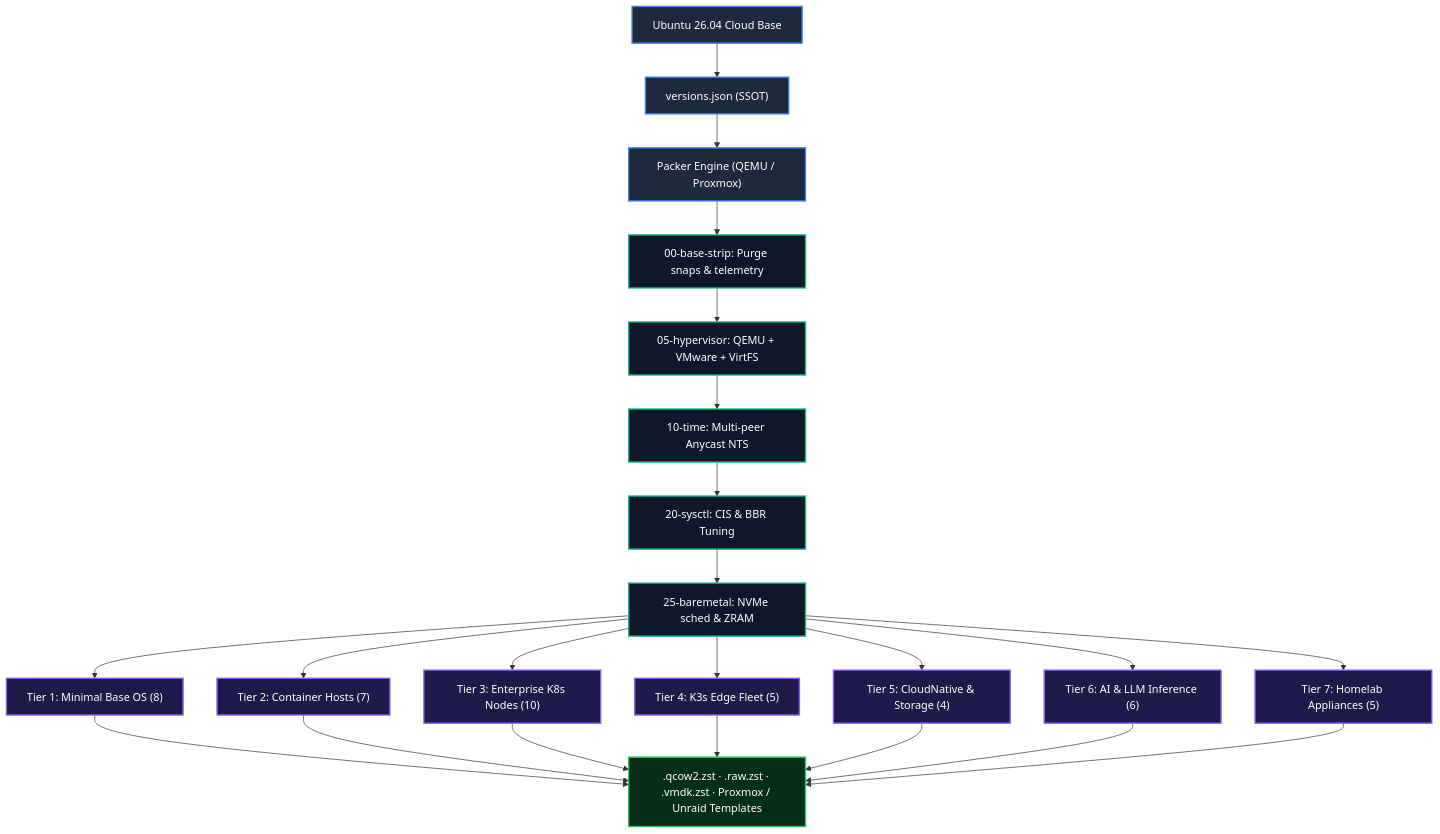
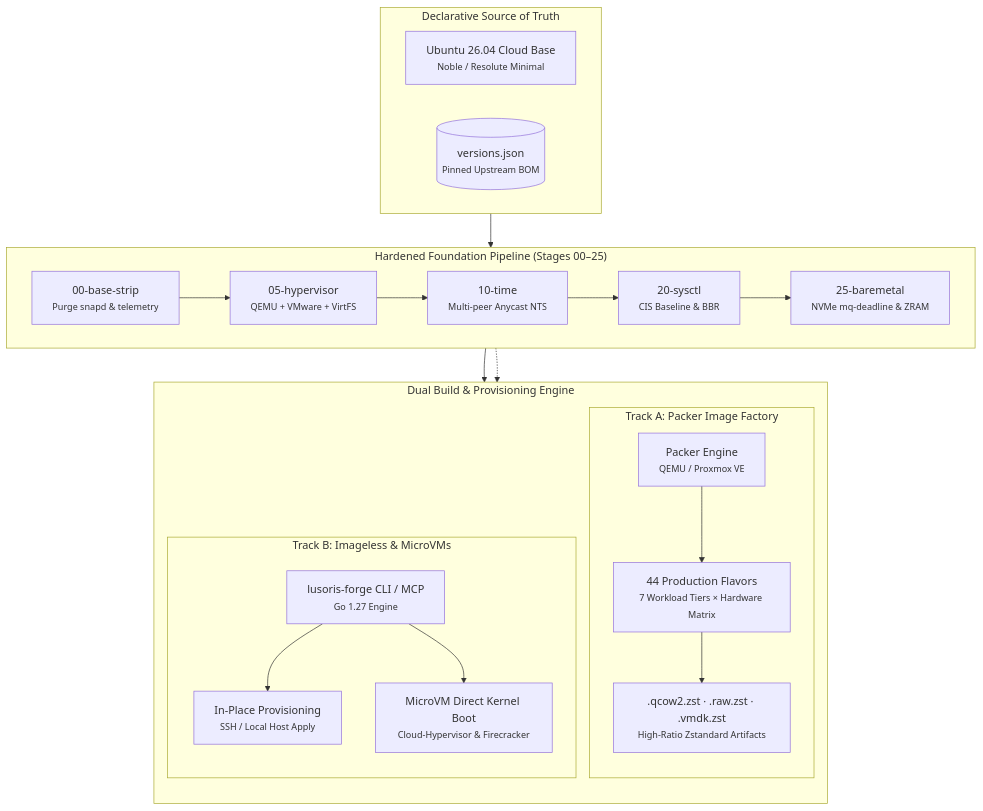
The diagram in README.md (lusoris/lusoris-cloud-images), drawn with Mermaid before and after one commit. The commit also changed other lines of this file and 16 other files, not shown here.

First line of the commit message:
docs(visuals): overhaul architecture diagrams and resolve documentation defects (#23)

````diff
--- a/README.md
+++ b/README.md
@@ -49,26 +49,34 @@
 ```mermaid
-graph TD
-    classDef base fill:#1e293b,stroke:#3b82f6,stroke-width:2px,color:#fff;
-    classDef stage fill:#0f172a,stroke:#10b981,stroke-width:2px,color:#fff;
-    classDef target fill:#1e1b4b,stroke:#8b5cf6,stroke-width:2px,color:#fff;
-    classDef out fill:#052e16,stroke:#22c55e,stroke-width:2px,color:#fff;
+flowchart TD
+    subgraph SSOT["Declarative Source of Truth"]
+        SRC["Ubuntu 26.04 Cloud Base<br/><small>Noble / Resolute Minimal</small>"]
+        BOM[("versions.json<br/><small>Pinned Upstream BOM</small>")]
+    end
 
-    A["Ubuntu 26.04 Cloud Base"]:::base --> SSOT["versions.json (SSOT)"]:::base
-    SSOT --> P["Packer Engine (QEMU / Proxmox)"]:::base
+    subgraph Foundation["Hardened Foundation Pipeline (Stages 00–25)"]
+        S0["00-base-strip<br/><small>Purge snapd & telemetry</small>"]
+        S1["05-hypervisor<br/><small>QEMU + VMware + VirtFS</small>"]
+        S2["10-time<br/><small>Multi-peer Anycast NTS</small>"]
+        S3["20-sysctl<br/><small>CIS Baseline & BBR</small>"]
+        S4["25-baremetal<br/><small>NVMe mq-deadline & ZRAM</small>"]
+        S0 --> S1 --> S2 --> S3 --> S4
+    end
 
-    P --> S0["00-base-strip: Purge snaps & telemetry"]:::stage
-    S0 --> S1["05-hypervisor: QEMU + VMware + VirtFS"]:::stage
-    S1 --> S2["10-time: Multi-peer Anycast NTS"]:::stage
-    S2 --> S3["20-sysctl: CIS & BBR Tuning"]:::stage
-    S3 --> S4["25-baremetal: NVMe sched & ZRAM"]:::stage
+    subgraph DualPath["Dual Build & Provisioning Engine"]
+        direction TB
+        subgraph TrackPacker["Track A: Packer Image Factory"]
+            PE["Packer Engine<br/><small>QEMU / Proxmox VE</small>"]
+            PE --> Tiers["44 Production Flavors<br/><small>7 Workload Tiers × Hardware Matrix</small>"]
+            Tiers --> Artifacts[".qcow2.zst · .raw.zst · .vmdk.zst<br/><small>High-Ratio Zstandard Artifacts</small>"]
+        end
+        subgraph TrackImageless["Track B: Imageless & MicroVMs"]
+            CLI["lusoris-forge CLI / MCP<br/><small>Go 1.27 Engine</small>"]
+            CLI --> Apply["In-Place Provisioning<br/><small>SSH / Local Host Apply</small>"]
+            CLI --> Boot["MicroVM Direct Kernel Boot<br/><small>Cloud-Hypervisor & Firecracker</small>"]
+        end
+    end
 
-    S4 --> T1["Tier 1: Minimal Base OS (8)"]:::target
-    S4 --> T2["Tier 2: Container Hosts (7)"]:::target
-    S4 --> T3["Tier 3: Enterprise K8s Nodes (10)"]:::target
-    S4 --> T4["Tier 4: K3s Edge Fleet (5)"]:::target
-    S4 --> T5["Tier 5: CloudNative & Storage (4)"]:::target
-    S4 --> T6["Tier 6: AI & LLM Inference (6)"]:::target
-    S4 --> T7["Tier 7: Homelab Appliances (5)"]:::target
-
-    T1 & T2 & T3 & T4 & T5 & T6 & T7 --> OUT[".qcow2.zst · .raw.zst · .vmdk.zst · Proxmox / Unraid Templates"]:::out
+    SSOT --> Foundation
+    Foundation --> PE
+    Foundation -.-> CLI
 ```
````
